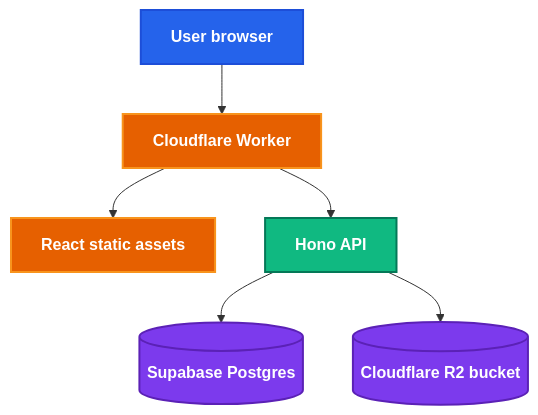
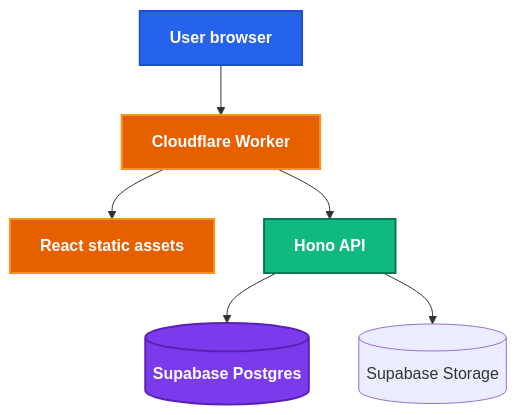
Before and after one commit to PuttTim/orbital-26-deployment-workshop: the fourth of 9 diagrams in slides/pages/part-1.md, drawn with Mermaid. The commit also changed other lines of this file, not shown here.

Commit message:
slides: update part-1 to match Supabase Storage + colors app flow

````diff
--- a/slides/pages/part-1.md
+++ b/slides/pages/part-1.md
@@ -408,18 +408,18 @@
 ```mermaid {scale: 0.64}
 flowchart TB
     U[User browser] --> W[Cloudflare Worker]
     W --> A[React static assets]
     W --> H[Hono API]
     H --> S[(Supabase Postgres)]
-    H --> R[(Cloudflare R2 bucket)]
+    H --> F[(Supabase Storage)]
 
     classDef client fill:#2563eb,color:#ffffff,stroke:#1d4ed8,stroke-width:2px,font-weight:bold
     classDef worker fill:#e66000,color:#ffffff,stroke:#f8941d,stroke-width:2px,font-weight:bold
     classDef api fill:#10b981,color:#ffffff,stroke:#047857,stroke-width:2px,font-weight:bold
     classDef data fill:#7c3aed,color:#ffffff,stroke:#5b21b6,stroke-width:2px,font-weight:bold
 
     class U client
     class W,A worker
     class H api
     class S,R data
 ```
````
